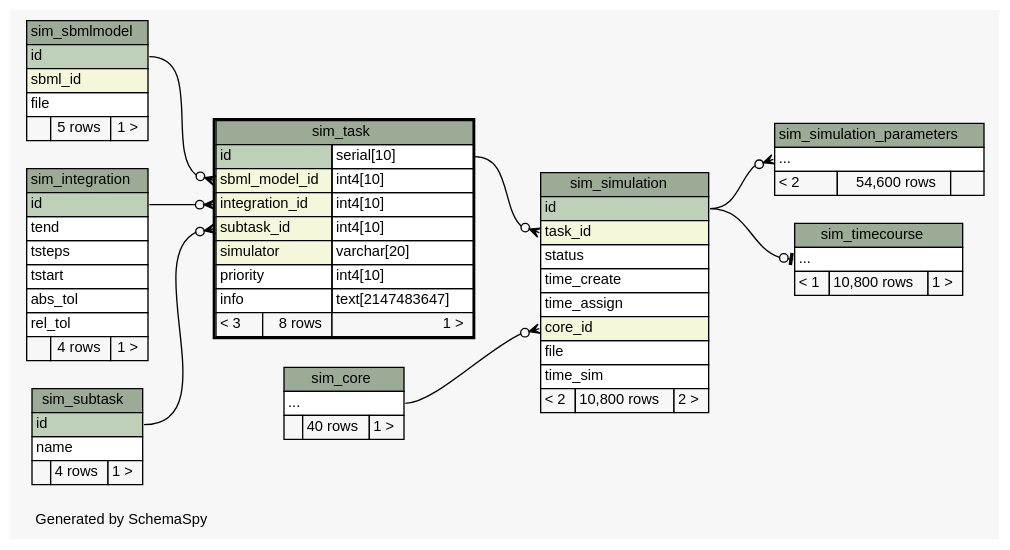
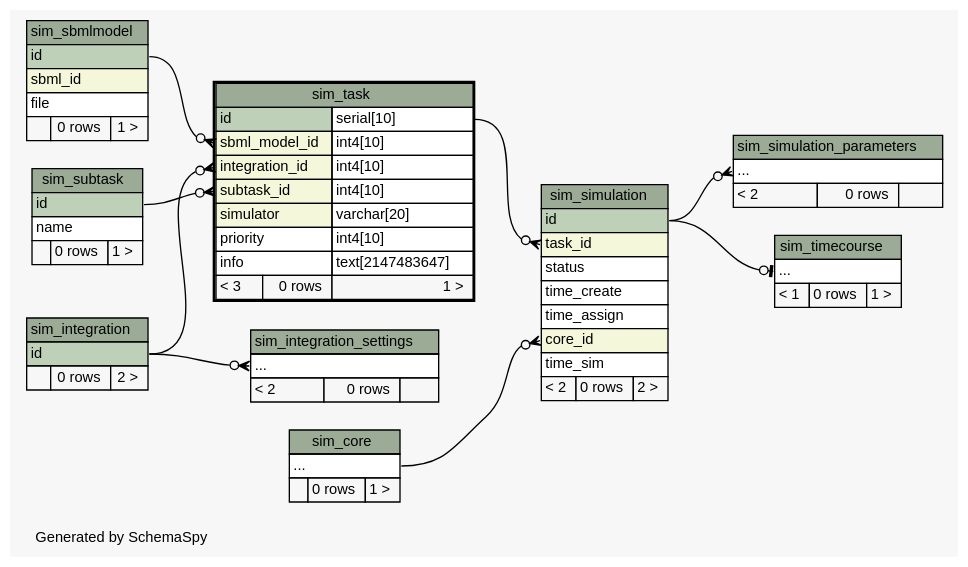
One commit to jingyayeah/multiscale-galactose changed the diagram in database/schema/diagrams/sim_task.2degrees.dot. Above: the diagram before and after it, drawn with Graphviz. The commit also changed 108 other files, not shown here.

Commit message:
Updated database schema for the general implementation of integration settings

```diff
--- a/database/schema/diagrams/sim_task.2degrees.dot
+++ b/database/schema/diagrams/sim_task.2degrees.dot
@@ -1,130 +1,135 @@
 // dot 2.26.3 on Linux 3.11.0-12-generic
 // SchemaSpy rev 590
 digraph "twoDegreesRelationshipsDiagram" {
   graph [
     rankdir="RL"
     bgcolor="#f7f7f7"
     label="\nGenerated by SchemaSpy"
     labeljust="l"
     nodesep="0.18"
     ranksep="0.46"
     fontname="Helvetica"
     fontsize="11"
   ];
   node [
     fontname="Helvetica"
     fontsize="11"
     shape="plaintext"
   ];
   edge [
     arrowsize="0.8"
   ];
+  "sim_integration_settings":"elipses":w -> "sim_integration":"id":e [arrowhead=none dir=back arrowtail=crowodot];
   "sim_simulation":"core_id":w -> "sim_core":"elipses":e [arrowhead=none dir=back arrowtail=crowodot];
   "sim_simulation":"task_id":w -> "sim_task":"id.type":e [arrowhead=none dir=back arrowtail=crowodot];
   "sim_simulation_parameters":"elipses":w -> "sim_simulation":"id":e [arrowhead=none dir=back arrowtail=crowodot];
   "sim_task":"integration_id":w -> "sim_integration":"id":e [arrowhead=none dir=back arrowtail=crowodot];
   "sim_task":"sbml_model_id":w -> "sim_sbmlmodel":"id":e [arrowhead=none dir=back arrowtail=crowodot];
   "sim_task":"subtask_id":w -> "sim_subtask":"id":e [arrowhead=none dir=back arrowtail=crowodot];
   "sim_timecourse":"elipses":w -> "sim_simulation":"id":e [arrowhead=none dir=back arrowtail=teeodot];
   "sim_core" [
     label=<
     <TABLE BORDER="0" CELLBORDER="1" CELLSPACING="0" BGCOLOR="#ffffff">
       <TR><TD COLSPAN="3" BGCOLOR="#9bab96" ALIGN="CENTER">sim_core</TD></TR>
       <TR><TD PORT="elipses" COLSPAN="3" ALIGN="LEFT">...</TD></TR>
-      <TR><TD ALIGN="LEFT" BGCOLOR="#f7f7f7">  </TD><TD ALIGN="RIGHT" BGCOLOR="#f7f7f7">40 rows</TD><TD ALIGN="RIGHT" BGCOLOR="#f7f7f7">1 &gt;</TD></TR>
+      <TR><TD ALIGN="LEFT" BGCOLOR="#f7f7f7">  </TD><TD ALIGN="RIGHT" BGCOLOR="#f7f7f7">0 rows</TD><TD ALIGN="RIGHT" BGCOLOR="#f7f7f7">1 &gt;</TD></TR>
     </TABLE>>
     URL="sim_core.html"
     tooltip="sim_core"
   ];
   "sim_integration" [
     label=<
     <TABLE BORDER="0" CELLBORDER="1" CELLSPACING="0" BGCOLOR="#ffffff">
       <TR><TD COLSPAN="3" BGCOLOR="#9bab96" ALIGN="CENTER">sim_integration</TD></TR>
       <TR><TD PORT="id" COLSPAN="3" BGCOLOR="#bed1b8" ALIGN="LEFT">id</TD></TR>
-      <TR><TD PORT="tend" COLSPAN="3" ALIGN="LEFT">tend</TD></TR>
-      <TR><TD PORT="tsteps" COLSPAN="3" ALIGN="LEFT">tsteps</TD></TR>
-      <TR><TD PORT="tstart" COLSPAN="3" ALIGN="LEFT">tstart</TD></TR>
-      <TR><TD PORT="abs_tol" COLSPAN="3" ALIGN="LEFT">abs_tol</TD></TR>
-      <TR><TD PORT="rel_tol" COLSPAN="3" ALIGN="LEFT">rel_tol</TD></TR>
-      <TR><TD ALIGN="LEFT" BGCOLOR="#f7f7f7">  </TD><TD ALIGN="RIGHT" BGCOLOR="#f7f7f7">4 rows</TD><TD ALIGN="RIGHT" BGCOLOR="#f7f7f7">1 &gt;</TD></TR>
+      <TR><TD ALIGN="LEFT" BGCOLOR="#f7f7f7">  </TD><TD ALIGN="RIGHT" BGCOLOR="#f7f7f7">0 rows</TD><TD ALIGN="RIGHT" BGCOLOR="#f7f7f7">2 &gt;</TD></TR>
     </TABLE>>
     URL="sim_integration.html"
     tooltip="sim_integration"
+  ];
+  "sim_integration_settings" [
+    label=<
+    <TABLE BORDER="0" CELLBORDER="1" CELLSPACING="0" BGCOLOR="#ffffff">
+      <TR><TD COLSPAN="3" BGCOLOR="#9bab96" ALIGN="CENTER">sim_integration_settings</TD></TR>
+      <TR><TD PORT="elipses" COLSPAN="3" ALIGN="LEFT">...</TD></TR>
+      <TR><TD ALIGN="LEFT" BGCOLOR="#f7f7f7">&lt; 2</TD><TD ALIGN="RIGHT" BGCOLOR="#f7f7f7">0 rows</TD><TD ALIGN="RIGHT" BGCOLOR="#f7f7f7">  </TD></TR>
+    </TABLE>>
+    URL="sim_integration_settings.html"
+    tooltip="sim_integration_settings"
   ];
   "sim_sbmlmodel" [
     label=<
     <TABLE BORDER="0" CELLBORDER="1" CELLSPACING="0" BGCOLOR="#ffffff">
       <TR><TD COLSPAN="3" BGCOLOR="#9bab96" ALIGN="CENTER">sim_sbmlmodel</TD></TR>
       <TR><TD PORT="id" COLSPAN="3" BGCOLOR="#bed1b8" ALIGN="LEFT">id</TD></TR>
       <TR><TD PORT="sbml_id" COLSPAN="3" BGCOLOR="#f4f7da" ALIGN="LEFT">sbml_id</TD></TR>
       <TR><TD PORT="file" COLSPAN="3" ALIGN="LEFT">file</TD></TR>
-      <TR><TD ALIGN="LEFT" BGCOLOR="#f7f7f7">  </TD><TD ALIGN="RIGHT" BGCOLOR="#f7f7f7">5 rows</TD><TD ALIGN="RIGHT" BGCOLOR="#f7f7f7">1 &gt;</TD></TR>
+      <TR><TD ALIGN="LEFT" BGCOLOR="#f7f7f7">  </TD><TD ALIGN="RIGHT" BGCOLOR="#f7f7f7">0 rows</TD><TD ALIGN="RIGHT" BGCOLOR="#f7f7f7">1 &gt;</TD></TR>
     </TABLE>>
     URL="sim_sbmlmodel.html"
     tooltip="sim_sbmlmodel"
   ];
   "sim_simulation" [
     label=<
     <TABLE BORDER="0" CELLBORDER="1" CELLSPACING="0" BGCOLOR="#ffffff">
       <TR><TD COLSPAN="3" BGCOLOR="#9bab96" ALIGN="CENTER">sim_simulation</TD></TR>
       <TR><TD PORT="id" COLSPAN="3" BGCOLOR="#bed1b8" ALIGN="LEFT">id</TD></TR>
       <TR><TD PORT="task_id" COLSPAN="3" BGCOLOR="#f4f7da" ALIGN="LEFT">task_id</TD></TR>
       <TR><TD PORT="status" COLSPAN="3" ALIGN="LEFT">status</TD></TR>
       <TR><TD PORT="time_create" COLSPAN="3" ALIGN="LEFT">time_create</TD></TR>
       <TR><TD PORT="time_assign" COLSPAN="3" ALIGN="LEFT">time_assign</TD></TR>
       <TR><TD PORT="core_id" COLSPAN="3" BGCOLOR="#f4f7da" ALIGN="LEFT">core_id</TD></TR>
-      <TR><TD PORT="file" COLSPAN="3" ALIGN="LEFT">file</TD></TR>
       <TR><TD PORT="time_sim" COLSPAN="3" ALIGN="LEFT">time_sim</TD></TR>
-      <TR><TD ALIGN="LEFT" BGCOLOR="#f7f7f7">&lt; 2</TD><TD ALIGN="RIGHT" BGCOLOR="#f7f7f7">10,800 rows</TD><TD ALIGN="RIGHT" BGCOLOR="#f7f7f7">2 &gt;</TD></TR>
+      <TR><TD ALIGN="LEFT" BGCOLOR="#f7f7f7">&lt; 2</TD><TD ALIGN="RIGHT" BGCOLOR="#f7f7f7">0 rows</TD><TD ALIGN="RIGHT" BGCOLOR="#f7f7f7">2 &gt;</TD></TR>
     </TABLE>>
     URL="sim_simulation.html"
     tooltip="sim_simulation"
   ];
   "sim_simulation_parameters" [
     label=<
     <TABLE BORDER="0" CELLBORDER="1" CELLSPACING="0" BGCOLOR="#ffffff">
       <TR><TD COLSPAN="3" BGCOLOR="#9bab96" ALIGN="CENTER">sim_simulation_parameters</TD></TR>
       <TR><TD PORT="elipses" COLSPAN="3" ALIGN="LEFT">...</TD></TR>
-      <TR><TD ALIGN="LEFT" BGCOLOR="#f7f7f7">&lt; 2</TD><TD ALIGN="RIGHT" BGCOLOR="#f7f7f7">54,600 rows</TD><TD ALIGN="RIGHT" BGCOLOR="#f7f7f7">  </TD></TR>
+      <TR><TD ALIGN="LEFT" BGCOLOR="#f7f7f7">&lt; 2</TD><TD ALIGN="RIGHT" BGCOLOR="#f7f7f7">0 rows</TD><TD ALIGN="RIGHT" BGCOLOR="#f7f7f7">  </TD></TR>
     </TABLE>>
     URL="sim_simulation_parameters.html"
     tooltip="sim_simulation_parameters"
   ];
   "sim_subtask" [
     label=<
     <TABLE BORDER="0" CELLBORDER="1" CELLSPACING="0" BGCOLOR="#ffffff">
       <TR><TD COLSPAN="3" BGCOLOR="#9bab96" ALIGN="CENTER">sim_subtask</TD></TR>
       <TR><TD PORT="id" COLSPAN="3" BGCOLOR="#bed1b8" ALIGN="LEFT">id</TD></TR>
       <TR><TD PORT="name" COLSPAN="3" ALIGN="LEFT">name</TD></TR>
-      <TR><TD ALIGN="LEFT" BGCOLOR="#f7f7f7">  </TD><TD ALIGN="RIGHT" BGCOLOR="#f7f7f7">4 rows</TD><TD ALIGN="RIGHT" BGCOLOR="#f7f7f7">1 &gt;</TD></TR>
+      <TR><TD ALIGN="LEFT" BGCOLOR="#f7f7f7">  </TD><TD ALIGN="RIGHT" BGCOLOR="#f7f7f7">0 rows</TD><TD ALIGN="RIGHT" BGCOLOR="#f7f7f7">1 &gt;</TD></TR>
     </TABLE>>
     URL="sim_subtask.html"
     tooltip="sim_subtask"
   ];
   "sim_task" [
     label=<
     <TABLE BORDER="2" CELLBORDER="1" CELLSPACING="0" BGCOLOR="#ffffff">
       <TR><TD COLSPAN="3" BGCOLOR="#9bab96" ALIGN="CENTER">sim_task</TD></TR>
       <TR><TD PORT="id" COLSPAN="2" BGCOLOR="#bed1b8" ALIGN="LEFT">id</TD><TD PORT="id.type" ALIGN="LEFT">serial[10]</TD></TR>
       <TR><TD PORT="sbml_model_id" COLSPAN="2" BGCOLOR="#f4f7da" ALIGN="LEFT">sbml_model_id</TD><TD PORT="sbml_model_id.type" ALIGN="LEFT">int4[10]</TD></TR>
       <TR><TD PORT="integration_id" COLSPAN="2" BGCOLOR="#f4f7da" ALIGN="LEFT">integration_id</TD><TD PORT="integration_id.type" ALIGN="LEFT">int4[10]</TD></TR>
       <TR><TD PORT="subtask_id" COLSPAN="2" BGCOLOR="#f4f7da" ALIGN="LEFT">subtask_id</TD><TD PORT="subtask_id.type" ALIGN="LEFT">int4[10]</TD></TR>
       <TR><TD PORT="simulator" COLSPAN="2" BGCOLOR="#f4f7da" ALIGN="LEFT">simulator</TD><TD PORT="simulator.type" ALIGN="LEFT">varchar[20]</TD></TR>
       <TR><TD PORT="priority" COLSPAN="2" ALIGN="LEFT">priority</TD><TD PORT="priority.type" ALIGN="LEFT">int4[10]</TD></TR>
       <TR><TD PORT="info" COLSPAN="2" ALIGN="LEFT">info</TD><TD PORT="info.type" ALIGN="LEFT">text[2147483647]</TD></TR>
-      <TR><TD ALIGN="LEFT" BGCOLOR="#f7f7f7">&lt; 3</TD><TD ALIGN="RIGHT" BGCOLOR="#f7f7f7">8 rows</TD><TD ALIGN="RIGHT" BGCOLOR="#f7f7f7">1 &gt;</TD></TR>
+      <TR><TD ALIGN="LEFT" BGCOLOR="#f7f7f7">&lt; 3</TD><TD ALIGN="RIGHT" BGCOLOR="#f7f7f7">0 rows</TD><TD ALIGN="RIGHT" BGCOLOR="#f7f7f7">1 &gt;</TD></TR>
     </TABLE>>
     URL="sim_task.html"
     tooltip="sim_task"
   ];
   "sim_timecourse" [
     label=<
     <TABLE BORDER="0" CELLBORDER="1" CELLSPACING="0" BGCOLOR="#ffffff">
       <TR><TD COLSPAN="3" BGCOLOR="#9bab96" ALIGN="CENTER">sim_timecourse</TD></TR>
       <TR><TD PORT="elipses" COLSPAN="3" ALIGN="LEFT">...</TD></TR>
-      <TR><TD ALIGN="LEFT" BGCOLOR="#f7f7f7">&lt; 1</TD><TD ALIGN="RIGHT" BGCOLOR="#f7f7f7">10,800 rows</TD><TD ALIGN="RIGHT" BGCOLOR="#f7f7f7">1 &gt;</TD></TR>
+      <TR><TD ALIGN="LEFT" BGCOLOR="#f7f7f7">&lt; 1</TD><TD ALIGN="RIGHT" BGCOLOR="#f7f7f7">0 rows</TD><TD ALIGN="RIGHT" BGCOLOR="#f7f7f7">1 &gt;</TD></TR>
     </TABLE>>
     URL="sim_timecourse.html"
     tooltip="sim_timecourse"
   ];
 }
```
